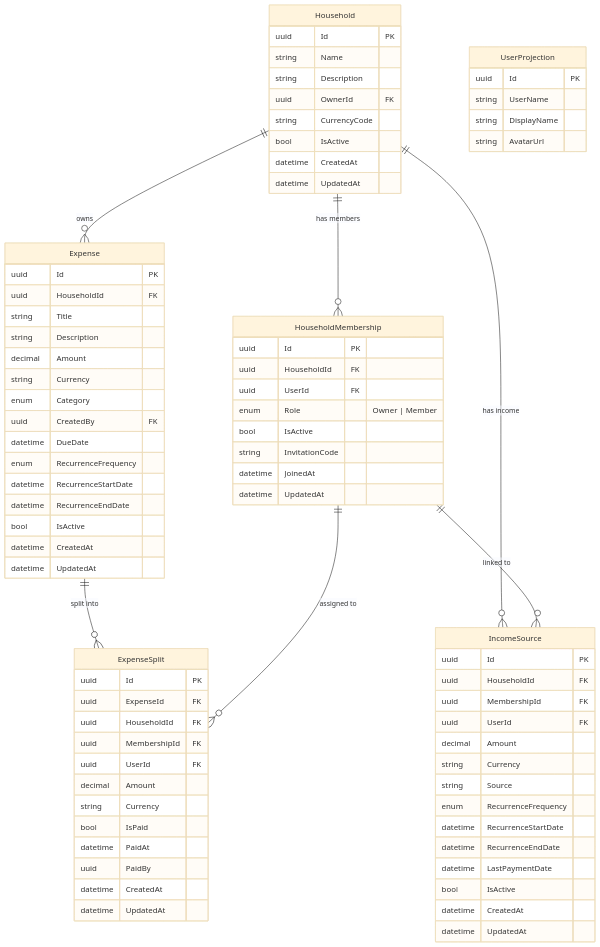
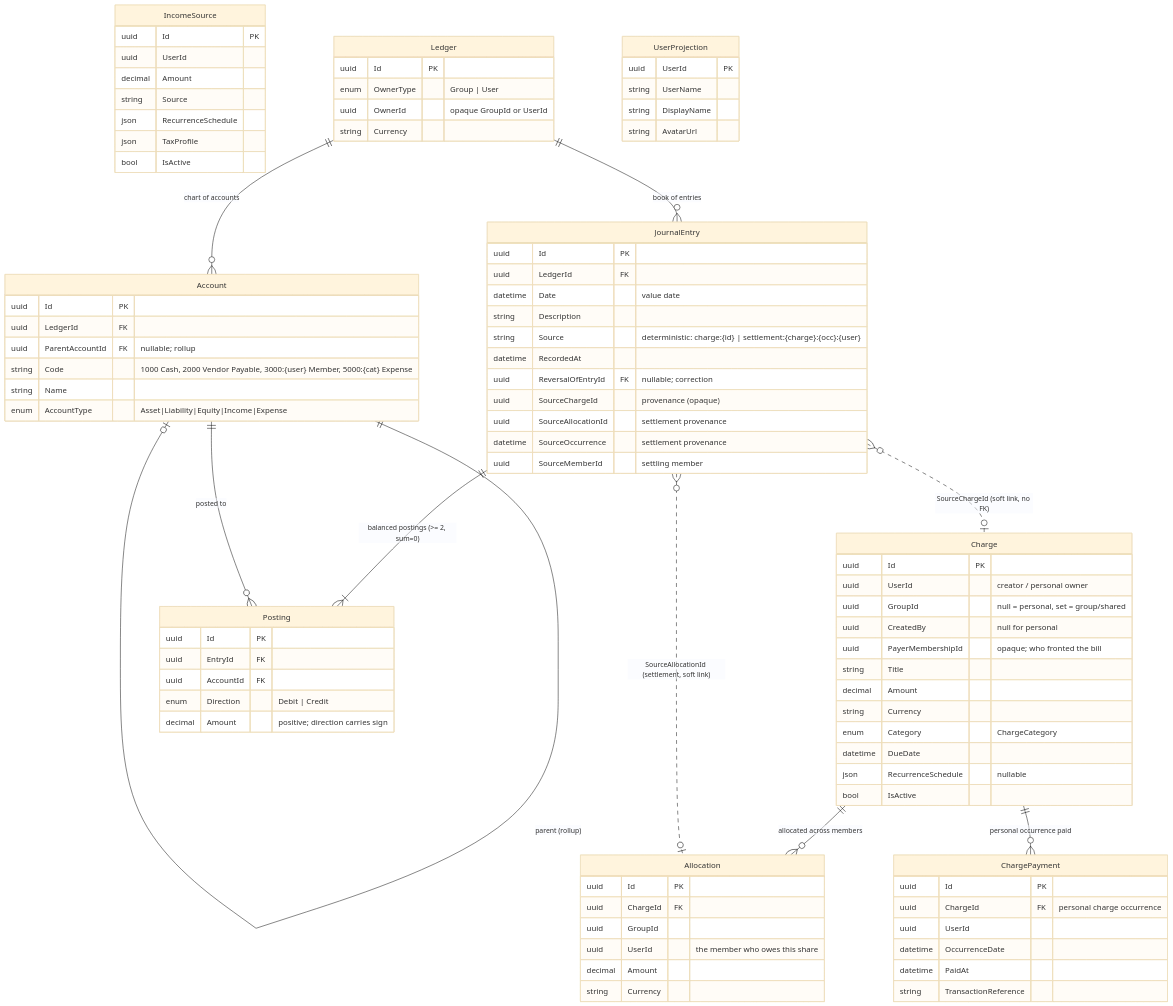
Before and after one commit to hkarpinen/portfolio-finance: the diagram in docs/Domain.md, drawn with Mermaid (base theme). The commit also changed other lines of this file and 2 other files, not shown here.

Commit message:
docs(finance): document event-driven ledger posting and ledger design

````diff
--- a/docs/Domain.md
+++ b/docs/Domain.md
@@ -5,83 +11,92 @@
 ```mermaid
 erDiagram
-    Household {
+    Charge {
         uuid Id PK
-        string Name
-        string Description
-        uuid OwnerId FK
-        string CurrencyCode
-        bool IsActive
-        datetime CreatedAt
-        datetime UpdatedAt
-    }
-    HouseholdMembership {
-        uuid Id PK
-        uuid HouseholdId FK
-        uuid UserId FK
-        enum Role "Owner | Member"
-        bool IsActive
-        string InvitationCode
-        datetime JoinedAt
-        datetime UpdatedAt
-    }
-    Expense {
-        uuid Id PK
-        uuid HouseholdId FK
+        uuid UserId "creator / personal owner"
+        uuid GroupId "null = personal, set = group/shared"
+        uuid CreatedBy "null for personal"
+        uuid PayerMembershipId "opaque; who fronted the bill"
         string Title
-        string Description
         decimal Amount
         string Currency
-        enum Category
-        uuid CreatedBy FK
+        enum Category "ChargeCategory"
         datetime DueDate
-        enum RecurrenceFrequency
-        datetime RecurrenceStartDate
-        datetime RecurrenceEndDate
+        json RecurrenceSchedule "nullable"
         bool IsActive
-        datetime CreatedAt
-        datetime UpdatedAt
     }
-    ExpenseSplit {
+    Allocation {
         uuid Id PK
-        uuid ExpenseId FK
-        uuid HouseholdId FK
-        uuid MembershipId FK
-        uuid UserId FK
+        uuid ChargeId FK
+        uuid GroupId
+        uuid UserId "the member who owes this share"
         decimal Amount
         string Currency
-        bool IsPaid
+    }
+    ChargePayment {
+        uuid Id PK
+        uuid ChargeId FK "personal charge occurrence"
+        uuid UserId
+        datetime OccurrenceDate
         datetime PaidAt
-        uuid PaidBy
-        datetime CreatedAt
-        datetime UpdatedAt
+        string TransactionReference
     }
     IncomeSource {
         uuid Id PK
-        uuid HouseholdId FK
-        uuid MembershipId FK
-        uuid UserId FK
+        uuid UserId
         decimal Amount
+        string Source
+        json RecurrenceSchedule
+        json TaxProfile
+        bool IsActive
+    }
+    Ledger {
+        uuid Id PK
+        enum OwnerType "Group | User"
+        uuid OwnerId "opaque GroupId or UserId"
         string Currency
-        string Source
-        enum RecurrenceFrequency
-        datetime RecurrenceStartDate
-        datetime RecurrenceEndDate
-        datetime LastPaymentDate
-        bool IsActive
-        datetime CreatedAt
-        datetime UpdatedAt
+    }
+    Account {
+        uuid Id PK
+        uuid LedgerId FK
+        uuid ParentAccountId FK "nullable; rollup"
+        string Code "1000 Cash, 2000 Vendor Payable, 3000:{user} Member, 5000:{cat} Expense"
+        string Name
+        enum AccountType "Asset|Liability|Equity|Income|Expense"
+    }
+    JournalEntry {
+        uuid Id PK
+        uuid LedgerId FK
+        datetime Date "value date"
+        string Description
+        string Source "deterministic: charge:{id} | settlement:{charge}:{occ}:{user}"
+        datetime RecordedAt
+        uuid ReversalOfEntryId FK "nullable; correction"
+        uuid SourceChargeId "provenance (opaque)"
+        uuid SourceAllocationId "settlement provenance"
+        datetime SourceOccurrence "settlement provenance"
+        uuid SourceMemberId "settling member"
+    }
+    Posting {
+        uuid Id PK
+        uuid EntryId FK
+        uuid AccountId FK
+        enum Direction "Debit | Credit"
+        decimal Amount "positive; direction carries sign"
     }
     UserProjection {
-        uuid Id PK
+        uuid UserId PK
         string UserName
         string DisplayName
         string AvatarUrl
     }
 
-    Household ||--o{ HouseholdMembership : "has members"
-    Household ||--o{ Expense : "owns"
-    Household ||--o{ IncomeSource : "has income"
-    Expense ||--o{ ExpenseSplit : "split into"
-    HouseholdMembership ||--o{ ExpenseSplit : "assigned to"
-    HouseholdMembership ||--o{ IncomeSource : "linked to"
+    Charge        ||--o{ Allocation    : "allocated across members"
+    Charge        ||--o{ ChargePayment : "personal occurrence paid"
+    Ledger        ||--o{ Account       : "chart of accounts"
+    Ledger        ||--o{ JournalEntry  : "book of entries"
+    Account       ||--o| Account       : "parent (rollup)"
+    JournalEntry  ||--|{ Posting       : "balanced postings (>= 2, sum=0)"
+    Account       ||--o{ Posting       : "posted to"
+    JournalEntry  }o..o| Charge        : "SourceChargeId (soft link, no FK)"
+    JournalEntry  }o..o| Allocation    : "SourceAllocationId (settlement, soft link)"
 ```
````
